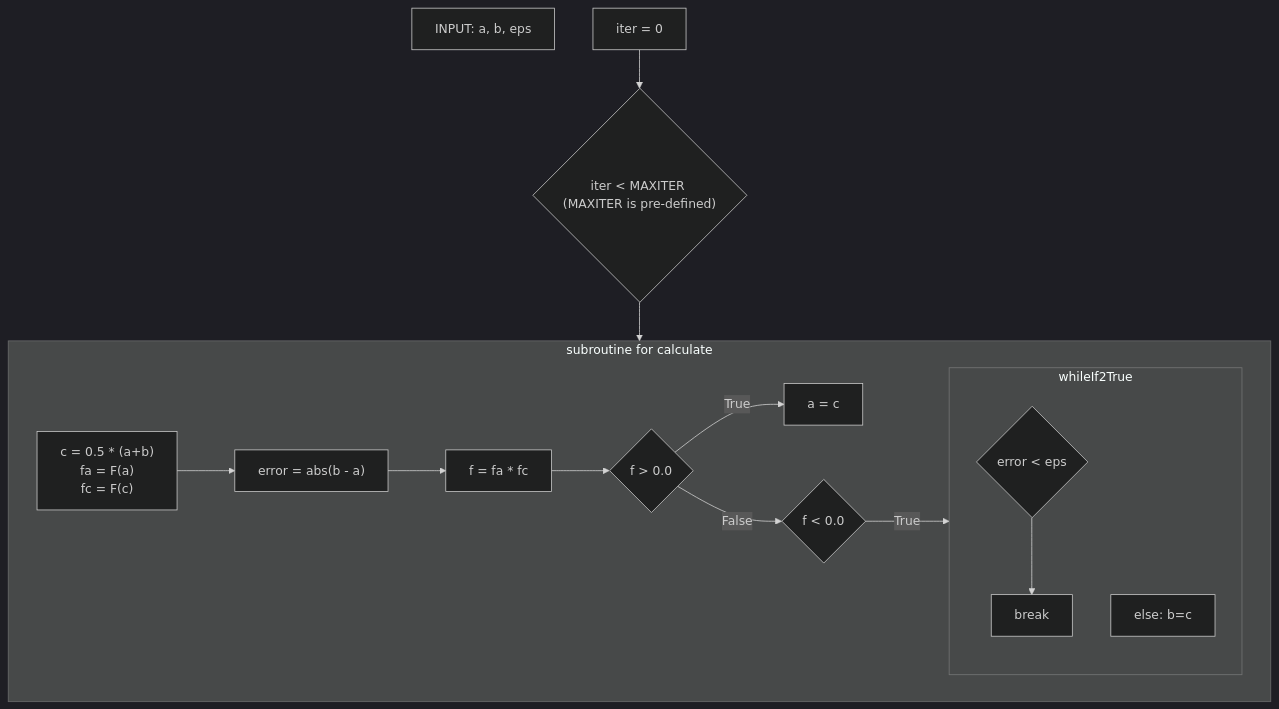
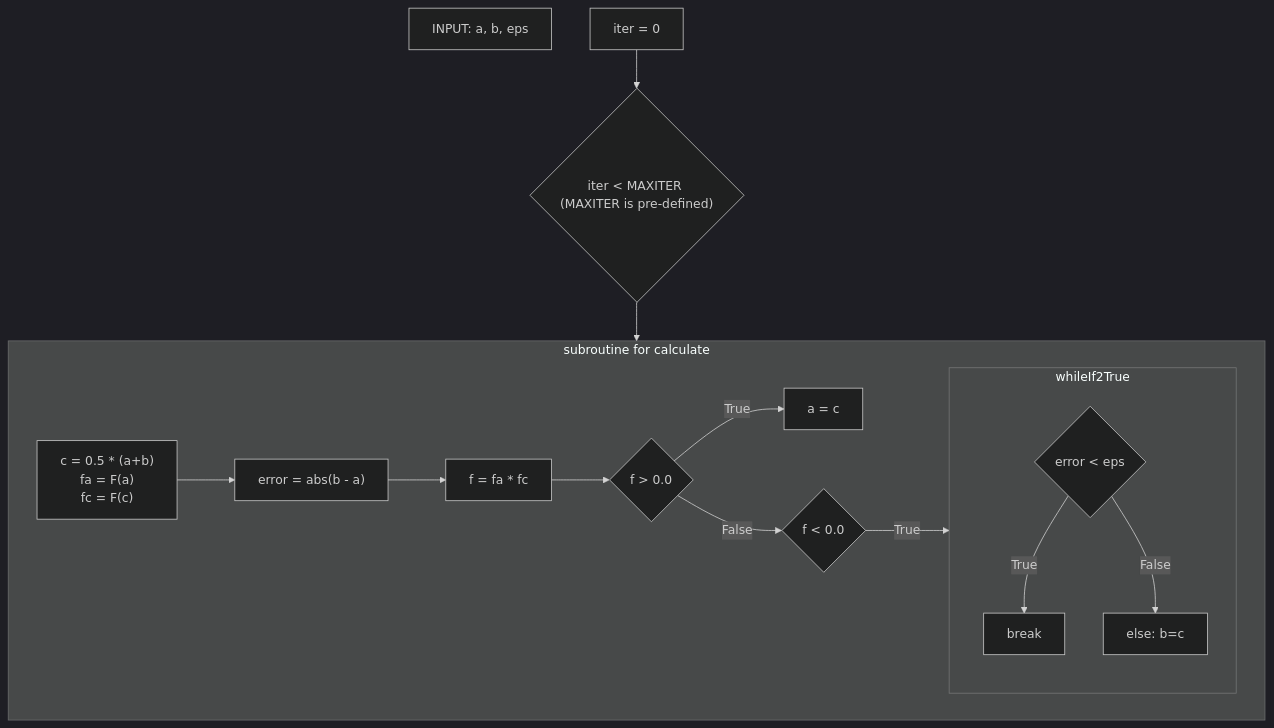
Before and after one commit to jsk0910/numerical_analysis: the diagram in Non-linear Equations/README.md, drawn with Mermaid (dark theme).

````diff
--- a/Non-linear Equations/README.md
+++ b/Non-linear Equations/README.md
@@ -26,19 +26,20 @@
 ```mermaid
 flowchart TD;
     INPUT["INPUT: a, b, eps"]
     A["iter = 0"] --> whileif
     whileif{"iter < MAXITER (MAXITER is pre-defined)"} --> while
     subgraph while ["subroutine for calculate"]
         whileB["c = 0.5 * (a+b)\n fa = F(a)\n fc = F(c)"] --> whileE
         whileE["error = abs(b - a)"] --> whileF
         whileF["f = fa * fc"] --> whileIf1
         whileIf1{"f > 0.0"} -- "True" --> whileIf1True
         whileIf1True["a = c"]
         whileIf1 -- "False" --> whileIf2
         whileIf2{"f < 0.0"} -- "True" --> whileIf2True
         subgraph whileIf2True
-            if1{"error < eps"} --> break
+            if1{"error < eps"} -- "True" --> break["break"]
+            if1 -- "False" --> else
             else["else: b=c"]
         end
     end
 ```
````
